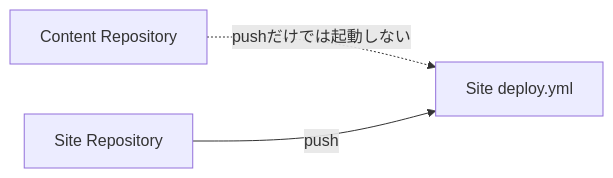
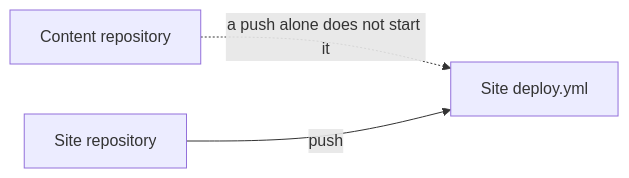
One commit to Rerurate514/riebeckite changed the fourth of 11 diagrams in docs/docs/guides/deployment/github-actions.md. Above: the diagram before and after it, drawn with Mermaid. The commit also changed other lines of this file and 604 other files, not shown here.

````diff
--- a/docs/docs/guides/deployment/github-actions.md
+++ b/docs/docs/guides/deployment/github-actions.md
@@ -277,9 +261,9 @@
-```mermaid id="v20ejj"
+```mermaid
 flowchart LR
-    Content["Content Repository"]
-    Site["Site Repository"]
+    Content["Content repository"]
+    Site["Site repository"]
     Workflow["Site deploy.yml"]
 
-    Content -.->|"pushだけでは起動しない"| Workflow
+    Content -.->|"a push alone does not start it"| Workflow
     Site -->|"push"| Workflow
 ```
````
